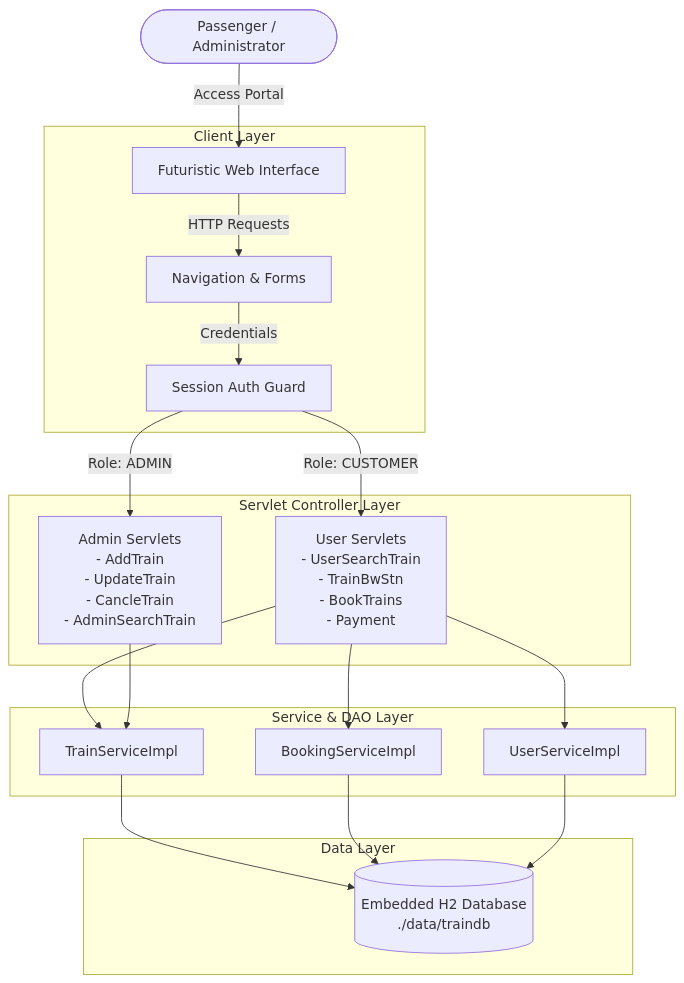
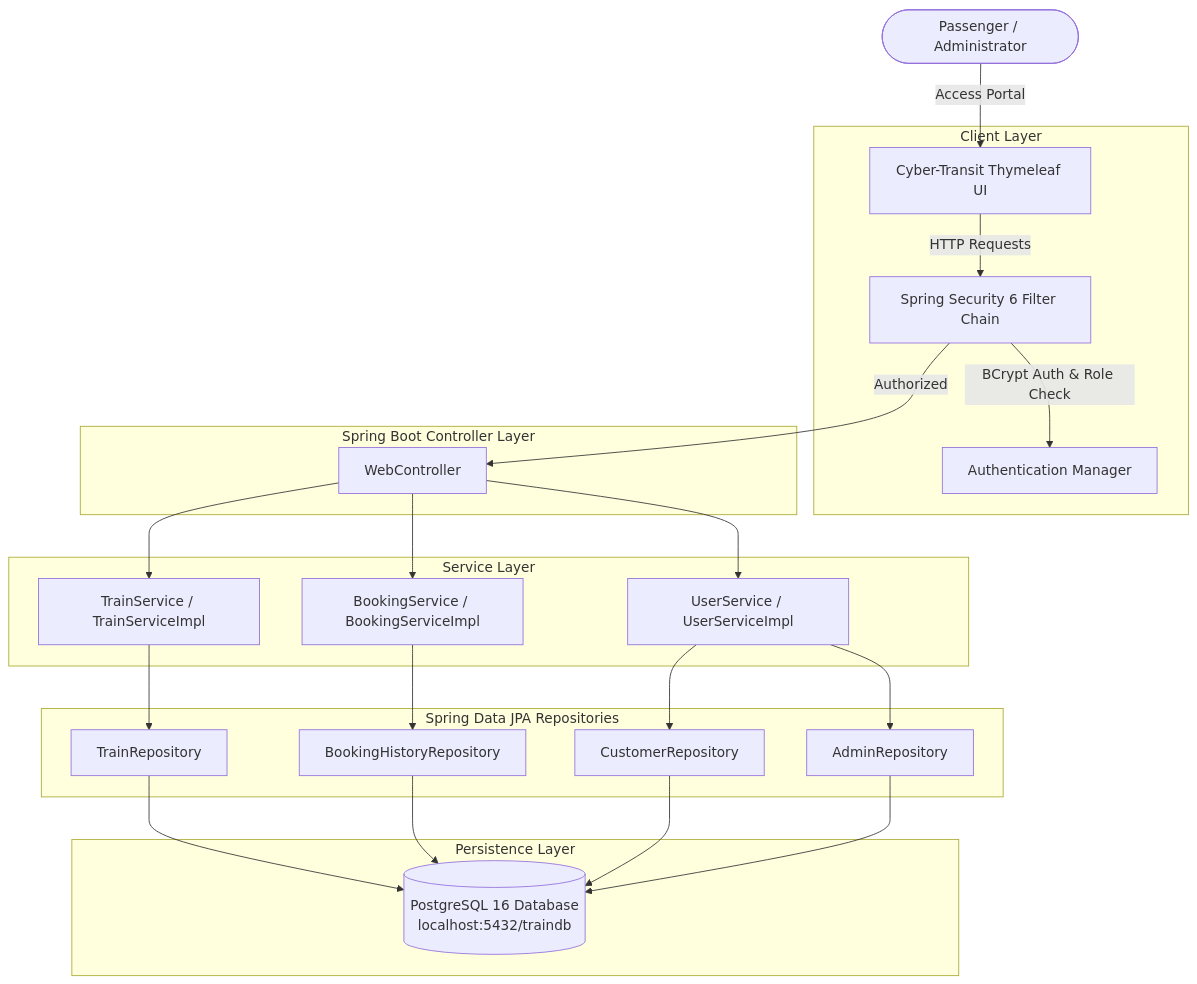
One commit to Infernapx/TrainTkt changed the first of 2 diagrams in README.md. Above: the diagram before and after it, drawn with Mermaid. The commit also changed other lines of this file and 122 other files, not shown here.

Commit message:
feat: modernize to Java 25, Spring Boot 3.3, Spring Security 6, Spring Data JPA, and PostgreSQL

````diff
--- a/README.md
+++ b/README.md
@@ -67,27 +61,33 @@
 ```mermaid
 flowchart TD
-    User([Passenger / Administrator]) -->|Access Portal| WebUI[Futuristic Web Interface]
+    User([Passenger / Administrator]) -->|Access Portal| WebUI[Cyber-Transit Thymeleaf UI]
     
     subgraph Client Layer
-        WebUI -->|HTTP Requests| Nav[Navigation & Forms]
-        Nav -->|Credentials| Auth[Session Auth Guard]
+        WebUI -->|HTTP Requests| SecFilter[Spring Security 6 Filter Chain]
+        SecFilter -->|BCrypt Auth & Role Check| AuthManager[Authentication Manager]
     end
 
-    subgraph Servlet Controller Layer
-        Auth -->|Role: CUSTOMER| CustomerServlets[User Servlets\n- UserSearchTrain\n- TrainBwStn\n- BookTrains\n- Payment]
-        Auth -->|Role: ADMIN| AdminServlets[Admin Servlets\n- AddTrain\n- UpdateTrain\n- CancleTrain\n- AdminSearchTrain]
+    subgraph Spring Boot Controller Layer
+        SecFilter -->|Authorized| WebCtrl[WebController]
     end
 
-    subgraph Service & DAO Layer
-        CustomerServlets --> TrainService[TrainServiceImpl]
-        CustomerServlets --> BookingService[BookingServiceImpl]
-        CustomerServlets --> UserService[UserServiceImpl]
-        AdminServlets --> TrainService
+    subgraph Service Layer
+        WebCtrl --> TrainSvc[TrainService / TrainServiceImpl]
+        WebCtrl --> BookSvc[BookingService / BookingServiceImpl]
+        WebCtrl --> UserSvc[UserService / UserServiceImpl]
     end
 
-    subgraph Data Layer
-        TrainService --> DBUtil[(Embedded H2 Database\n./data/traindb)]
-        BookingService --> DBUtil
-        UserService --> DBUtil
+    subgraph Spring Data JPA Repositories
+        TrainSvc --> TrainRepo[TrainRepository]
+        BookSvc --> BookRepo[BookingHistoryRepository]
+        UserSvc --> CustRepo[CustomerRepository]
+        UserSvc --> AdminRepo[AdminRepository]
+    end
+
+    subgraph Persistence Layer
+        TrainRepo --> Postgres[(PostgreSQL 16 Database\nlocalhost:5432/traindb)]
+        BookRepo --> Postgres
+        CustRepo --> Postgres
+        AdminRepo --> Postgres
     end
 ```
````
